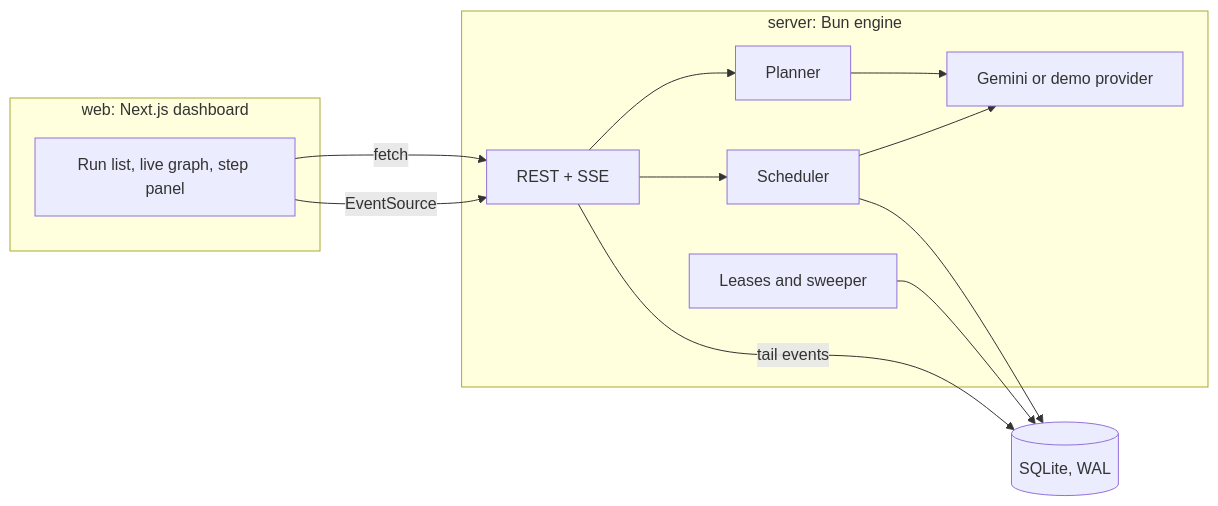
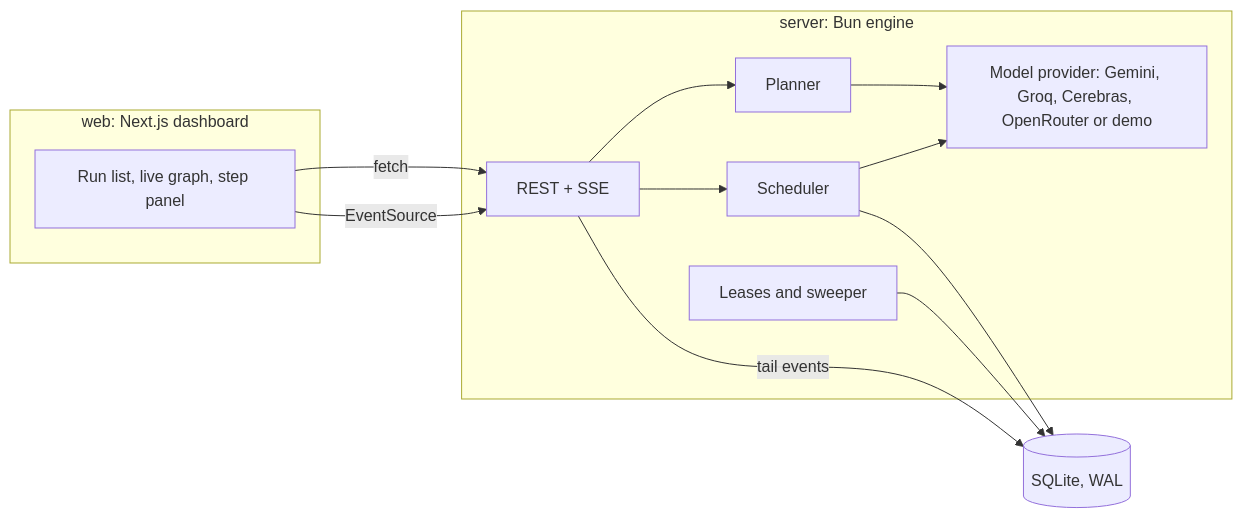
The diagram in README.md (PDGamerSG/Workflow-Orchestration-Engine), drawn with Mermaid before and after one commit. The commit also changed other lines of this file, not shown here.

````diff
--- a/README.md
+++ b/README.md
@@ -45,22 +72,22 @@
 ```mermaid
 flowchart LR
   subgraph web [web: Next.js dashboard]
     UI[Run list, live graph, step panel]
   end
   subgraph server [server: Bun engine]
     API[REST + SSE]
     PL[Planner]
     SCH[Scheduler]
     LSE[Leases and sweeper]
-    LLM[Gemini or demo provider]
+    LLM[Model provider: Gemini, Groq, Cerebras, OpenRouter or demo]
   end
   DB[(SQLite, WAL)]
 
   UI -- fetch --> API
   UI -- EventSource --> API
   API --> PL --> LLM
   API --> SCH --> LLM
   SCH --> DB
   LSE --> DB
   API -- tail events --> DB
 ```
````
